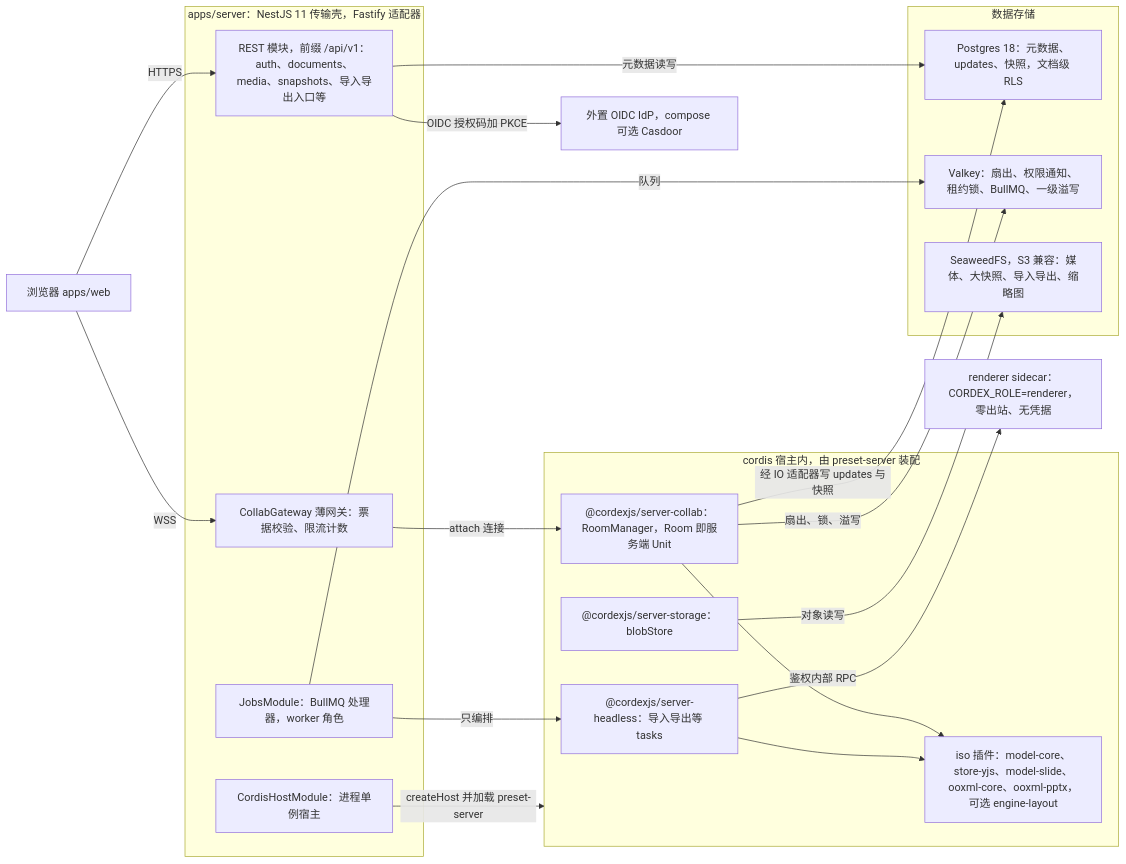
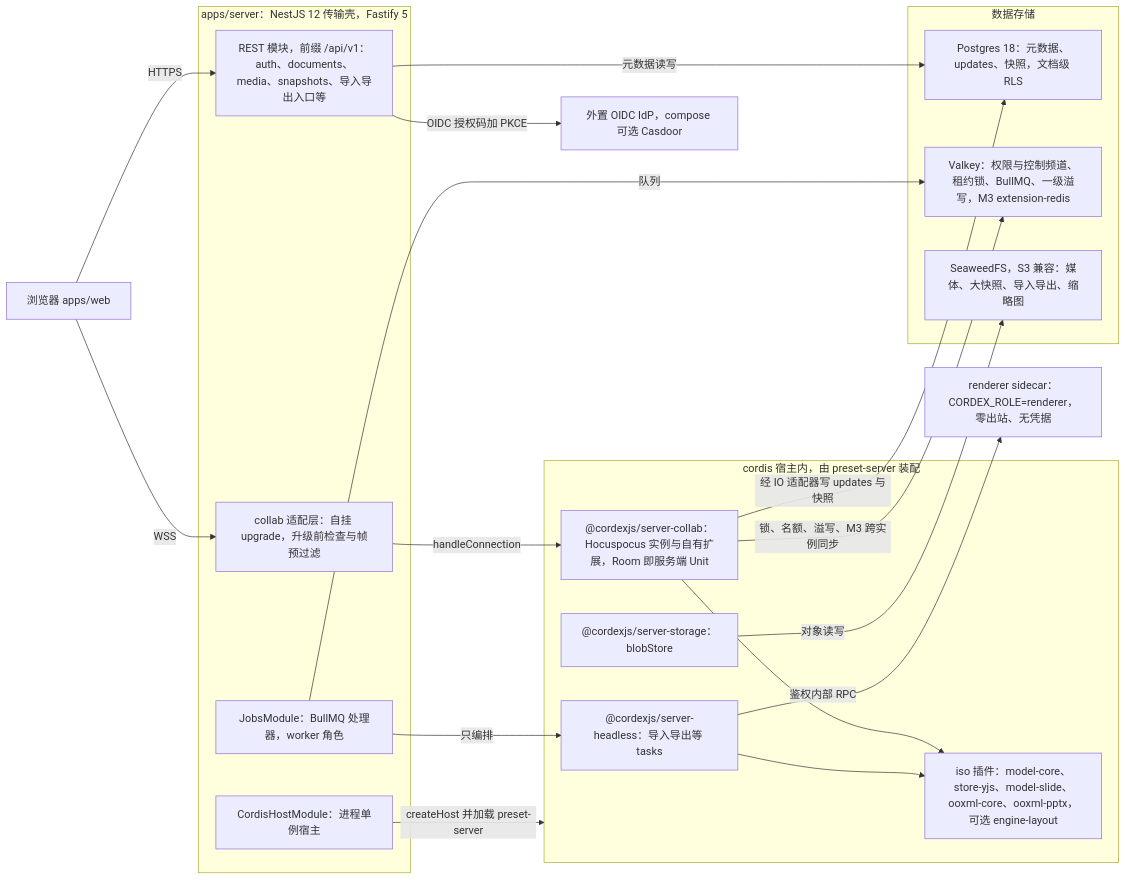
One commit to Xeonice/cordis-ppt-editor changed the first of 46 diagrams in docs/40-modules/19-atlas-backend-and-data.md. Above: the diagram before and after it, drawn with Mermaid. The commit also changed other lines of this file and 78 other files, not shown here.

````diff
--- a/docs/40-modules/19-atlas-backend-and-data.md
+++ b/docs/40-modules/19-atlas-backend-and-data.md
@@ -43,37 +45,37 @@
 ```mermaid
 flowchart LR
   browser["浏览器 apps/web"]
   idp["外置 OIDC IdP，compose 可选 Casdoor"]
-  subgraph nest["apps/server：NestJS 11 传输壳，Fastify 适配器"]
+  subgraph nest["apps/server：NestJS 12 传输壳，Fastify 5"]
     rest["REST 模块，前缀 /api/v1：auth、documents、media、snapshots、导入导出入口等"]
-    gw["CollabGateway 薄网关：票据校验、限流计数"]
+    gw["collab 适配层：自挂 upgrade，升级前检查与帧预过滤"]
     jobs["JobsModule：BullMQ 处理器，worker 角色"]
     hostMod["CordisHostModule：进程单例宿主"]
   end
   subgraph cordis["cordis 宿主内，由 preset-server 装配"]
     iso["iso 插件：model-core、store-yjs、model-slide、ooxml-core、ooxml-pptx，可选 engine-layout"]
-    sCollab["@cordexjs/server-collab：RoomManager，Room 即服务端 Unit"]
+    sCollab["@cordexjs/server-collab：Hocuspocus 实例与自有扩展，Room 即服务端 Unit"]
     sStorage["@cordexjs/server-storage：blobStore"]
     sHeadless["@cordexjs/server-headless：导入导出等 tasks"]
   end
   renderer["renderer sidecar：CORDEX_ROLE=renderer，零出站、无凭据"]
   subgraph data["数据存储"]
     pg["Postgres 18：元数据、updates、快照，文档级 RLS"]
-    valkey["Valkey：扇出、权限通知、租约锁、BullMQ、一级溢写"]
+    valkey["Valkey：权限与控制频道、租约锁、BullMQ、一级溢写，M3 extension-redis"]
     s3["SeaweedFS，S3 兼容：媒体、大快照、导入导出、缩略图"]
   end
   browser -- "HTTPS" --> rest
   browser -- "WSS" --> gw
   rest -- "OIDC 授权码加 PKCE" --> idp
   hostMod -- "createHost 并加载 preset-server" --> cordis
-  gw -- "attach 连接" --> sCollab
+  gw -- "handleConnection" --> sCollab
   jobs -- "只编排" --> sHeadless
   sCollab --> iso
   sHeadless --> iso
   sHeadless -- "鉴权内部 RPC" --> renderer
   rest -- "元数据读写" --> pg
   sCollab -- "经 IO 适配器写 updates 与快照" --> pg
-  sCollab -- "扇出、锁、溢写" --> valkey
+  sCollab -- "锁、名额、溢写、M3 跨实例同步" --> valkey
   jobs -- "队列" --> valkey
   sStorage -- "对象读写" --> s3
 ```
````
